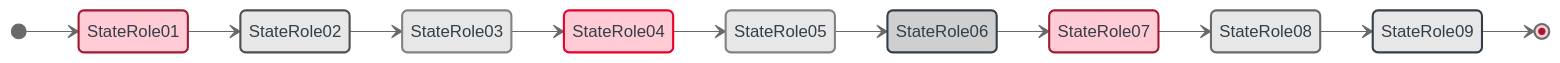
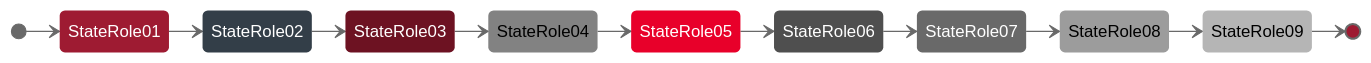
The diagram in skills/mermaid/assets/examples/mermaid-max-complexity/source/colorset1/state.mmd (gvillarroel/skills), drawn with Mermaid before and after one commit. The commit also changed 847 other files, not shown here.

```diff
--- a/skills/mermaid/assets/examples/mermaid-max-complexity/source/colorset1/state.mmd
+++ b/skills/mermaid/assets/examples/mermaid-max-complexity/source/colorset1/state.mmd
@@ -1,75 +1,87 @@
 ---
 # mermaid: config begin
 config:
   theme: "base"
   themeVariables:
     background: "#ffffff"
-    primaryColor: "#ffccd5"
-    primaryTextColor: "#333e48"
+    primaryColor: "#9e1b32"
+    primaryTextColor: "#ffffff"
     primaryBorderColor: "#9e1b32"
-    secondaryColor: "#e7e7e7"
-    secondaryTextColor: "#333e48"
-    secondaryBorderColor: "#4f4f4f"
-    tertiaryColor: "#e7e7e7"
-    tertiaryTextColor: "#333e48"
-    tertiaryBorderColor: "#9c9c9c"
+    secondaryColor: "#333e48"
+    secondaryTextColor: "#ffffff"
+    secondaryBorderColor: "#333e48"
+    tertiaryColor: "#6d1222"
+    tertiaryTextColor: "#ffffff"
+    tertiaryBorderColor: "#6d1222"
     lineColor: "#696969"
     textColor: "#333e48"
-    mainBkg: "#ffccd5"
-    nodeBkg: "#ffccd5"
+    mainBkg: "#9e1b32"
+    nodeBkg: "#9e1b32"
     nodeBorder: "#9e1b32"
     clusterBkg: "#e7e7e7"
     clusterBorder: "#9c9c9c"
     defaultLinkColor: "#696969"
     edgeLabelBackground: "#ffffff"
-    classText: "#333e48"
+    classText: "#ffffff"
     transitionColor: "#696969"
-    stateLabelColor: "#333e48"
-    stateBkg: "#ffccd5"
-    labelBackgroundColor: "#ffccd5"
+    stateLabelColor: "#ffffff"
+    stateBkg: "#333e48"
+    labelBackgroundColor: "#333e48"
     compositeBackground: "#e7e7e7"
     altBackground: "#cfcfcf"
-    compositeTitleBackground: "#ffccd5"
-    compositeBorder: "#9e1b32"
-    labelColor: "#333e48"
+    compositeTitleBackground: "#e7e7e7"
+    compositeBorder: "#333e48"
+    labelColor: "#ffffff"
     titleColor: "#333e48"
+  themeCSS: ".node > rect, .node > circle, .node > ellipse, .node > polygon, .node > path, rect.actor, .note, .task, .task0, .task1, .task2, .task3 { stroke-width: 0 !important; }"
+  state:
+    padding: 6
+    nodeSpacing: 28
+    rankSpacing: 32
+  flowchart:
+    padding: 6
+    nodeSpacing: 28
+    rankSpacing: 32
+    subGraphTitleMargin:
+      top: 4
+      bottom: 12
 # mermaid: config end
 # mermaid: metadata begin
 mermaid:
   colorset: "colorset1"
   mode: "standard"
   palette: "basic-red-neutral-style"
 # mermaid: metadata end
 ---
 stateDiagram-v2
   accTitle: State maximum complexity showcase
   accDescr: A lifecycle advances through nine explicitly styled states from the initial marker to the terminal marker.
   direction LR
   [*] --> StateRole01
   StateRole01 --> StateRole02
   StateRole02 --> StateRole03
   StateRole03 --> StateRole04
   StateRole04 --> StateRole05
   StateRole05 --> StateRole06
   StateRole06 --> StateRole07
   StateRole07 --> StateRole08
   StateRole08 --> StateRole09
   StateRole09 --> [*]
   class StateRole01 csPrimary
   class StateRole02 csAccent
   class StateRole03 csMuted
   class StateRole04 csCritical
   class StateRole05 csWarning
   class StateRole06 csSuccess
   class StateRole07 csInfo
   class StateRole08 csSpecial
   class StateRole09 csNeutral
-  classDef csPrimary fill:#ffccd5,stroke:#9e1b32,color:#333e48,stroke-width:2px;
-  classDef csAccent fill:#e7e7e7,stroke:#4f4f4f,color:#333e48,stroke-width:2px;
-  classDef csMuted fill:#e7e7e7,stroke:#828282,color:#333e48,stroke-width:2px;
-  classDef csCritical fill:#ffccd5,stroke:#e8002a,color:#333e48,stroke-width:2px;
-  classDef csWarning fill:#e7e7e7,stroke:#828282,color:#333e48,stroke-width:2px;
-  classDef csSuccess fill:#cfcfcf,stroke:#333e48,color:#333e48,stroke-width:2px;
-  classDef csInfo fill:#ffccd5,stroke:#9e1b32,color:#333e48,stroke-width:2px;
-  classDef csSpecial fill:#e7e7e7,stroke:#696969,color:#333e48,stroke-width:2px;
-  classDef csNeutral fill:#e7e7e7,stroke:#333e48,color:#333e48,stroke-width:2px;
+  classDef csPrimary fill:#9e1b32,stroke:none,color:#ffffff,stroke-width:0px;
+  classDef csAccent fill:#333e48,stroke:none,color:#ffffff,stroke-width:0px;
+  classDef csMuted fill:#6d1222,stroke:none,color:#ffffff,stroke-width:0px;
+  classDef csCritical fill:#828282,stroke:none,color:#000000,stroke-width:0px;
+  classDef csWarning fill:#e8002a,stroke:none,color:#ffffff,stroke-width:0px;
+  classDef csSuccess fill:#4f4f4f,stroke:none,color:#ffffff,stroke-width:0px;
+  classDef csInfo fill:#696969,stroke:none,color:#ffffff,stroke-width:0px;
+  classDef csSpecial fill:#9c9c9c,stroke:none,color:#000000,stroke-width:0px;
+  classDef csNeutral fill:#b5b5b5,stroke:none,color:#000000,stroke-width:0px;
```
